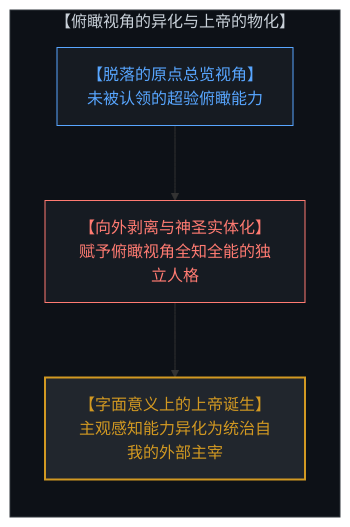
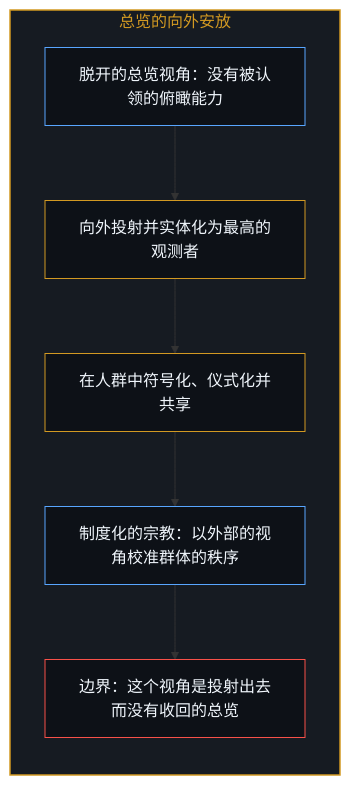
The third of 12 diagrams in content/posts/the-origin-of-god-and-the-flattening-of-we.md (powerpig99/not-a-toe), drawn with Mermaid before and after one commit. The commit also changed other lines of this file and 2 other files, not shown here.

Commit message:
Refine the-origin-of-god: alternating bilingual layout, six paired diagrams, the overview as a reading, implicit first person

````diff
--- a/content/posts/the-origin-of-god-and-the-flattening-of-we.md
+++ b/content/posts/the-origin-of-god-and-the-flattening-of-we.md
@@ -65,15 +73,22 @@
 ```mermaid
-graph TD
-    subgraph ReificationOfGod["【俯瞰视角的异化与上帝的物化】"]
+flowchart TD
+    subgraph S_God["总览的向外安放"]
         direction TB
-        DetachedOverview["【脱落的原点总览视角】<br>未被认领的超验俯瞰能力"]
-        ExternalProjection["【向外剥离与神圣实体化】<br>赋予俯瞰视角全知全能的独立人格"]
-        LiteralGod["【字面意义上的上帝诞生】<br>主观感知能力异化为统治自我的外部主宰"]
-        DetachedOverview --> ExternalProjection
-        ExternalProjection --> LiteralGod
+        Detached["脱开的总览视角：没有被认领的俯瞰能力"]
+        Outward["向外投射并实体化为最高的观测者"]
+        Shared["在人群中符号化、仪式化并共享"]
+        Order["制度化的宗教：以外部的视角校准群体的秩序"]
+        Unclaimed["边界：这个视角是投射出去而没有收回的总览"]
+        Detached --> Outward
+        Outward --> Shared
+        Shared --> Order
+        Order --> Unclaimed
     end
-    style ReificationOfGod fill:#0d1117,stroke:#30363d,stroke-width:1px,color:#c9d1d9
-    style DetachedOverview fill:#161b22,stroke:#58a6ff,stroke-width:1px,color:#58a6ff
-    style ExternalProjection fill:#161b22,stroke:#ff7b72,stroke-width:1px,color:#ff7b72
-    style LiteralGod fill:#21262d,stroke:#d29922,stroke-width:2px,color:#d29922
+
+    style S_God fill:#161b22,stroke:#d29922,stroke-width:1.5px,color:#d29922
+    style Detached fill:#0d1117,stroke:#58a6ff,stroke-width:1px,color:#f0f6fc
+    style Outward fill:#0d1117,stroke:#d29922,stroke-width:1px,color:#f0f6fc
+    style Shared fill:#0d1117,stroke:#d29922,stroke-width:1px,color:#f0f6fc
+    style Order fill:#0d1117,stroke:#58a6ff,stroke-width:1px,color:#f0f6fc
+    style Unclaimed fill:#0d1117,stroke:#f85149,stroke-width:1px,color:#f0f6fc
 ```
````
